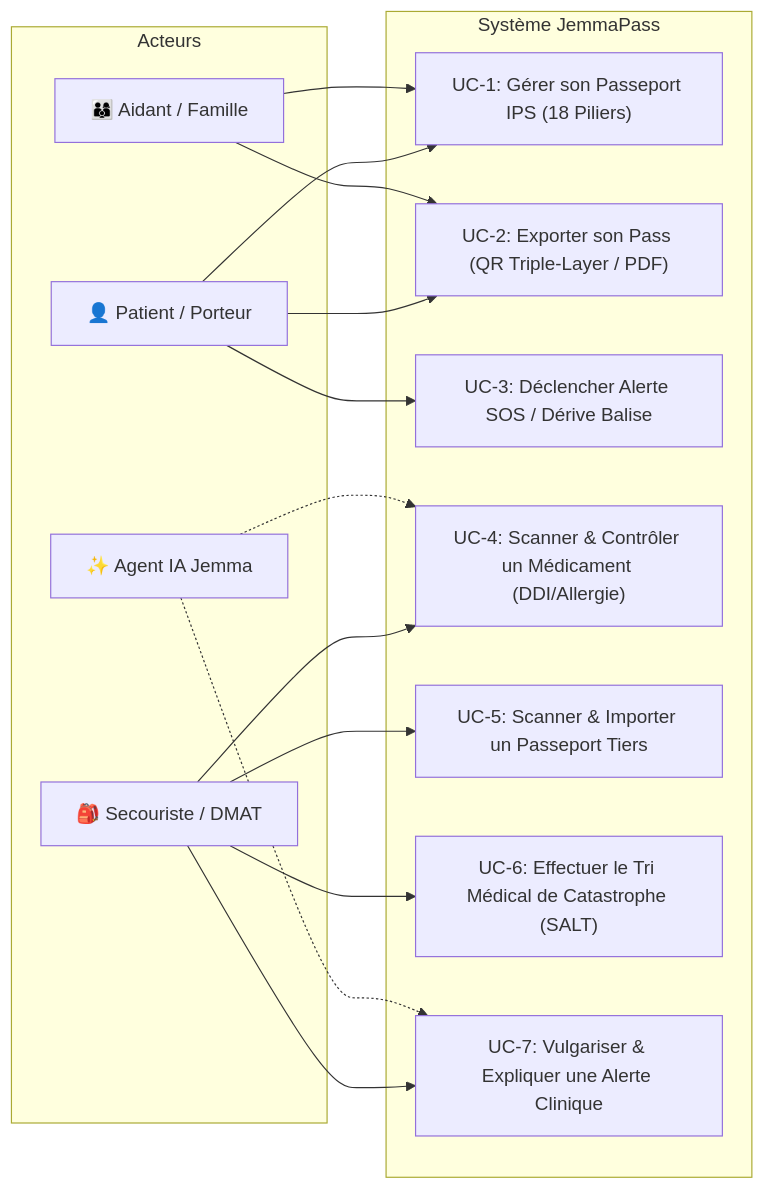
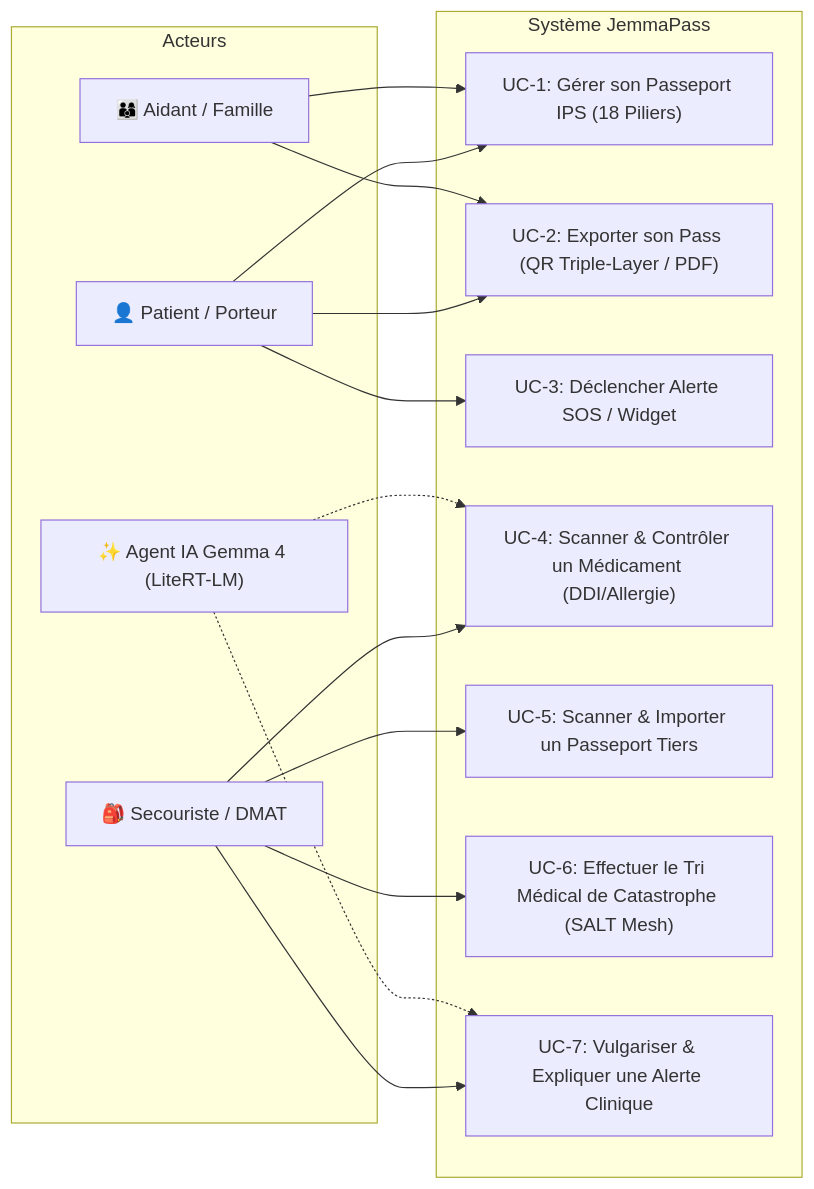
The first of 21 diagrams in docs/DOCUMENTATION_UML_FONCTIONNELLE.md (kurodohenroonsen/JemmaPass), drawn with Mermaid before and after one commit. The commit also changed other lines of this file and 1 other file, not shown here.

First line of the commit message:
docs: correct UML documentation and iOS specifications against codebase reality

````diff
--- a/docs/DOCUMENTATION_UML_FONCTIONNELLE.md
+++ b/docs/DOCUMENTATION_UML_FONCTIONNELLE.md
@@ -87,31 +102,31 @@
 ```mermaid
 flowchart LR
     subgraph Acteurs
         P["👤 Patient / Porteur"]
         A["👨‍👩‍👦 Aidant / Famille"]
         S["🎒 Secouriste / DMAT"]
-        J["✨ Agent IA Jemma"]
+        J["✨ Agent IA Gemma 4 (LiteRT-LM)"]
     end
 
     subgraph Cas_d_Usage_Globaux ["Système JemmaPass"]
         UC1["UC-1: Gérer son Passeport IPS (18 Piliers)"]
         UC2["UC-2: Exporter son Pass (QR Triple-Layer / PDF)"]
-        UC3["UC-3: Déclencher Alerte SOS / Dérive Balise"]
+        UC3["UC-3: Déclencher Alerte SOS / Widget"]
         UC4["UC-4: Scanner & Contrôler un Médicament (DDI/Allergie)"]
         UC5["UC-5: Scanner & Importer un Passeport Tiers"]
-        UC6["UC-6: Effectuer le Tri Médical de Catastrophe (SALT)"]
+        UC6["UC-6: Effectuer le Tri Médical de Catastrophe (SALT Mesh)"]
         UC7["UC-7: Vulgariser & Expliquer une Alerte Clinique"]
     end
 
     P --> UC1
     P --> UC2
     P --> UC3
     A --> UC1
     A --> UC2
     S --> UC4
     S --> UC5
     S --> UC6
     S --> UC7
     J -.-> UC4
     J -.-> UC7
 ```
````
